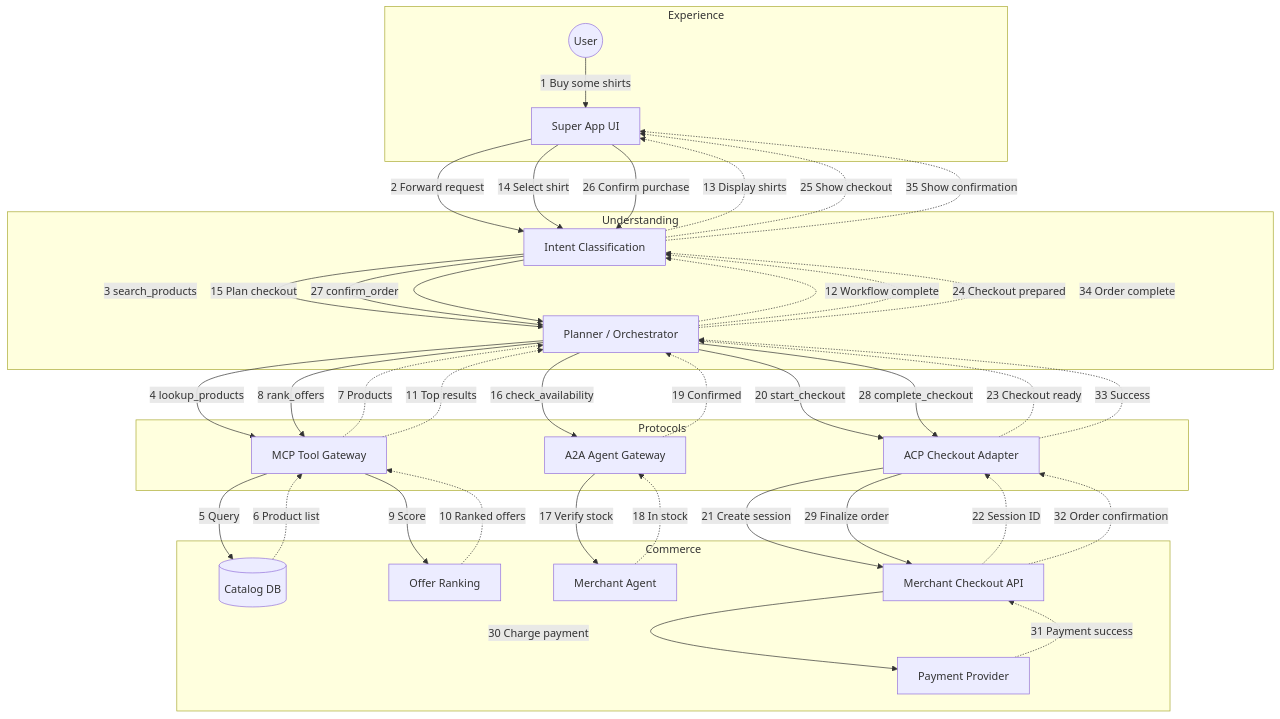
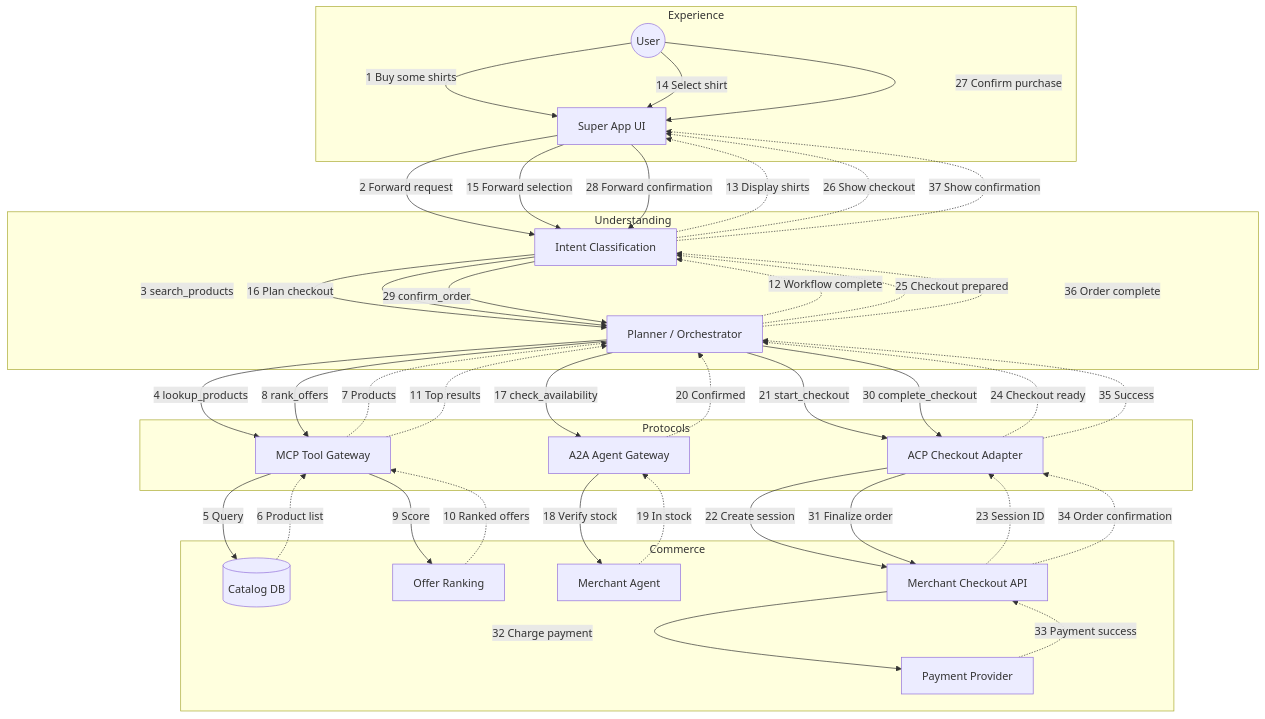
The second of 3 diagrams in understanding/design/layered-architecture-mvp.md (zhuohanl/agentic-commerce-protocol-demo), drawn with Mermaid before and after one commit. The commit also changed other lines of this file, not shown here.

Commit message:
Updated layered architecture for MVP

````diff
--- a/understanding/design/layered-architecture-mvp.md
+++ b/understanding/design/layered-architecture-mvp.md
@@ -356,74 +356,76 @@
 ```mermaid
 flowchart TB
 
 subgraph Experience
     User((User))
     UI[Super App UI]
 end
 
 subgraph Understanding
     Intent[Intent Classification]
     Planner[Planner / Orchestrator]
 end
 
 subgraph Protocols
     MCP[MCP Tool Gateway]
     A2A[A2A Agent Gateway]
     ACP[ACP Checkout Adapter]
 end
 
 subgraph Commerce
     Catalog[(Catalog DB)]
     Ranker[Offer Ranking]
     MerchantAgent[Merchant Agent]
     MerchantAPI[Merchant Checkout API]
     PSP[Payment Provider]
 end
 
 User -->|1 Buy some shirts| UI
 UI -->|2 Forward request| Intent
 Intent -->|3 search_products| Planner
 
 Planner -->|4 lookup_products| MCP
 MCP -->|5 Query| Catalog
 Catalog -.->|6 Product list| MCP
 MCP -.->|7 Products| Planner
 
 Planner -->|8 rank_offers| MCP
 MCP -->|9 Score| Ranker
 Ranker -.->|10 Ranked offers| MCP
 MCP -.->|11 Top results| Planner
 
 Planner -.->|12 Workflow complete| Intent
 Intent -.->|13 Display shirts| UI
 
-UI -->|14 Select shirt| Intent
-Intent -->|15 Plan checkout| Planner
+User -->|14 Select shirt| UI
+UI -->|15 Forward selection| Intent
+Intent -->|16 Plan checkout| Planner
 
-Planner -->|16 check_availability| A2A
-A2A -->|17 Verify stock| MerchantAgent
-MerchantAgent -.->|18 In stock| A2A
-A2A -.->|19 Confirmed| Planner
+Planner -->|17 check_availability| A2A
+A2A -->|18 Verify stock| MerchantAgent
+MerchantAgent -.->|19 In stock| A2A
+A2A -.->|20 Confirmed| Planner
 
-Planner -->|20 start_checkout| ACP
-ACP -->|21 Create session| MerchantAPI
-MerchantAPI -.->|22 Session ID| ACP
-ACP -.->|23 Checkout ready| Planner
+Planner -->|21 start_checkout| ACP
+ACP -->|22 Create session| MerchantAPI
+MerchantAPI -.->|23 Session ID| ACP
+ACP -.->|24 Checkout ready| Planner
 
-Planner -.->|24 Checkout prepared| Intent
-Intent -.->|25 Show checkout| UI
+Planner -.->|25 Checkout prepared| Intent
+Intent -.->|26 Show checkout| UI
 
-UI -->|26 Confirm purchase| Intent
-Intent -->|27 confirm_order| Planner
+User -->|27 Confirm purchase| UI
+UI -->|28 Forward confirmation| Intent
+Intent -->|29 confirm_order| Planner
 
-Planner -->|28 complete_checkout| ACP
-ACP -->|29 Finalize order| MerchantAPI
-MerchantAPI -->|30 Charge payment| PSP
-PSP -.->|31 Payment success| MerchantAPI
+Planner -->|30 complete_checkout| ACP
+ACP -->|31 Finalize order| MerchantAPI
+MerchantAPI -->|32 Charge payment| PSP
+PSP -.->|33 Payment success| MerchantAPI
 
-MerchantAPI -.->|32 Order confirmation| ACP
-ACP -.->|33 Success| Planner
+MerchantAPI -.->|34 Order confirmation| ACP
+ACP -.->|35 Success| Planner
 
-Planner -.->|34 Order complete| Intent
-Intent -.->|35 Show confirmation| UI
+Planner -.->|36 Order complete| Intent
+Intent -.->|37 Show confirmation| UI
 ```
````
